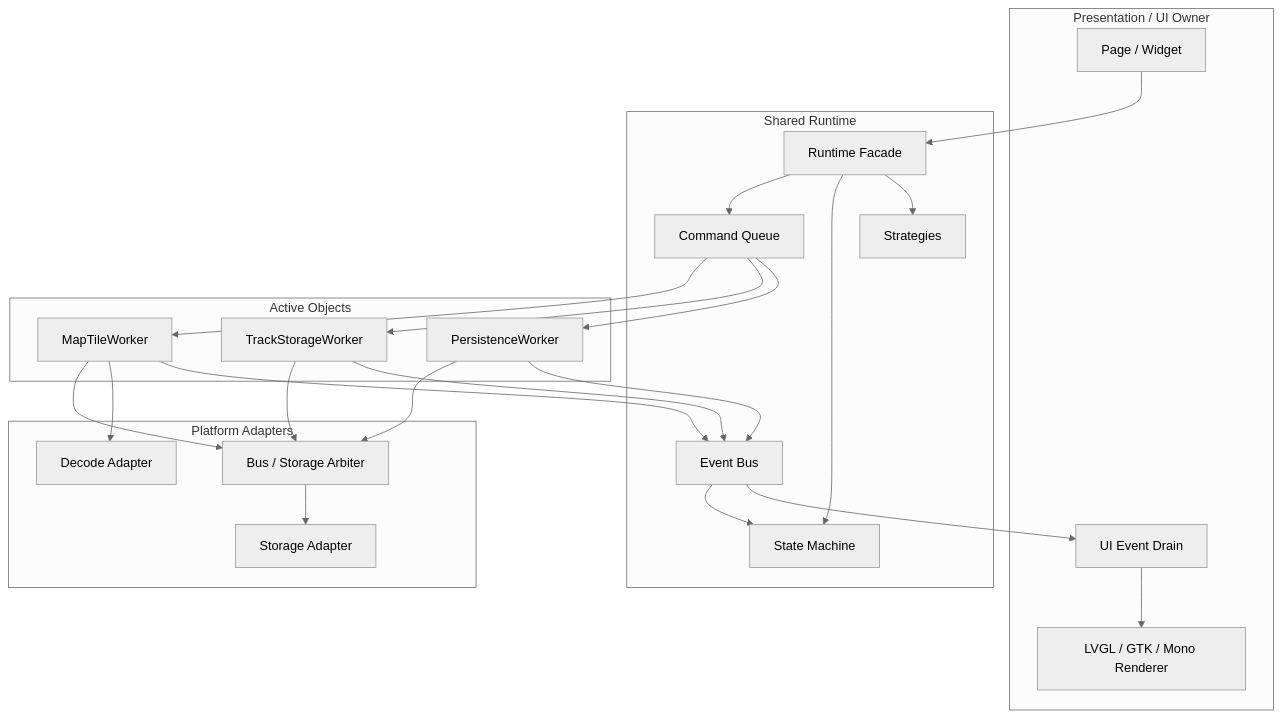
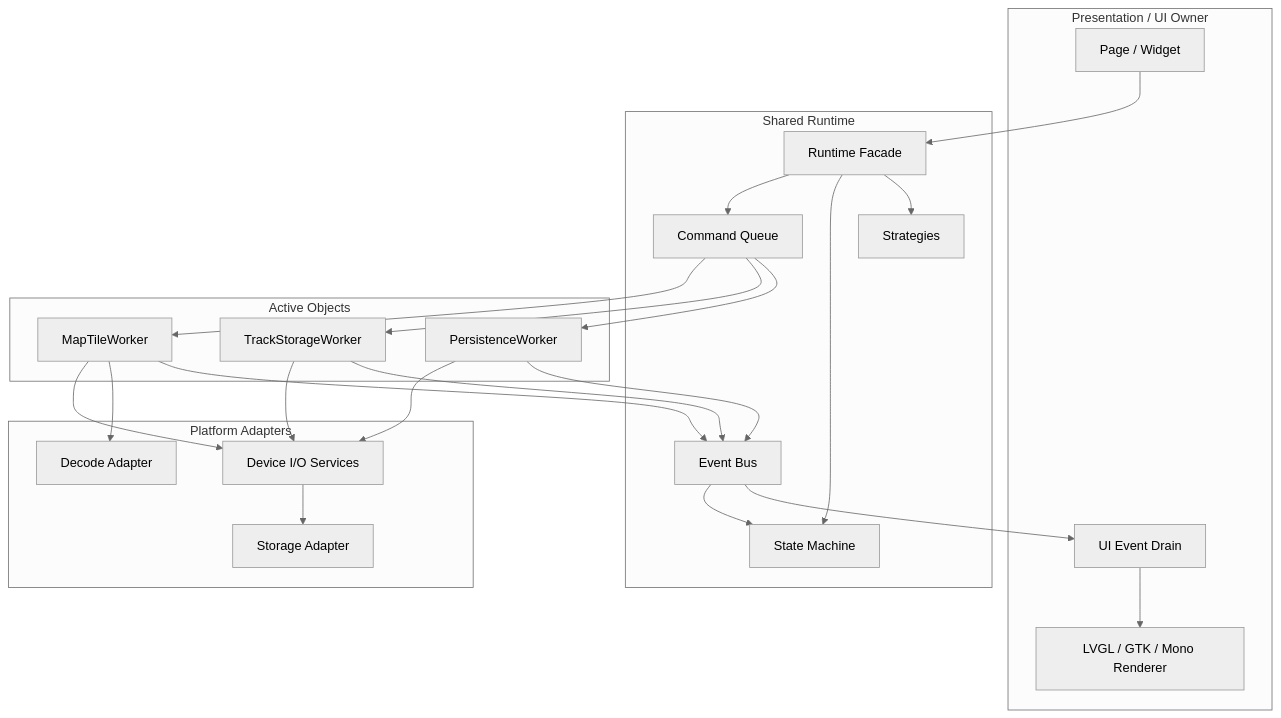
One commit to manmuqingshan/trail-mate changed the second of 23 diagrams in docs/specification/UI_STORAGE_EVENT_RUNTIME_DESIGN_SPEC.md. Above: the diagram before and after it, drawn with Mermaid (neutral theme). The commit also changed other lines of this file and 95 other files, not shown here.

````diff
--- a/docs/specification/UI_STORAGE_EVENT_RUNTIME_DESIGN_SPEC.md
+++ b/docs/specification/UI_STORAGE_EVENT_RUNTIME_DESIGN_SPEC.md
@@ -358,47 +316,47 @@
 ```mermaid
 flowchart TB
   subgraph Presentation["Presentation / UI Owner"]
     Page["Page / Widget"]
     UiDrain["UI Event Drain"]
     Renderer["LVGL / GTK / Mono Renderer"]
   end
 
   subgraph Runtime["Shared Runtime"]
     Facade["Runtime Facade"]
     State["State Machine"]
     Policies["Strategies"]
     Commands["Command Queue"]
     Events["Event Bus"]
   end
 
   subgraph Workers["Active Objects"]
     TileWorker["MapTileWorker"]
     TrackWorker["TrackStorageWorker"]
     PersistWorker["PersistenceWorker"]
   end
 
   subgraph Platform["Platform Adapters"]
-    Bus["Bus / Storage Arbiter"]
+    DeviceIo["Device I/O Services"]
     Storage["Storage Adapter"]
     Decode["Decode Adapter"]
   end
 
   Page --> Facade
   Facade --> Commands
   Facade --> State
   Facade --> Policies
   Commands --> TileWorker
   Commands --> TrackWorker
   Commands --> PersistWorker
-  TileWorker --> Bus
-  TrackWorker --> Bus
-  PersistWorker --> Bus
-  Bus --> Storage
+  TileWorker --> DeviceIo
+  TrackWorker --> DeviceIo
+  PersistWorker --> DeviceIo
+  DeviceIo --> Storage
   TileWorker --> Decode
   TileWorker --> Events
   TrackWorker --> Events
   PersistWorker --> Events
   Events --> State
   Events --> UiDrain
   UiDrain --> Renderer
 ```
````
